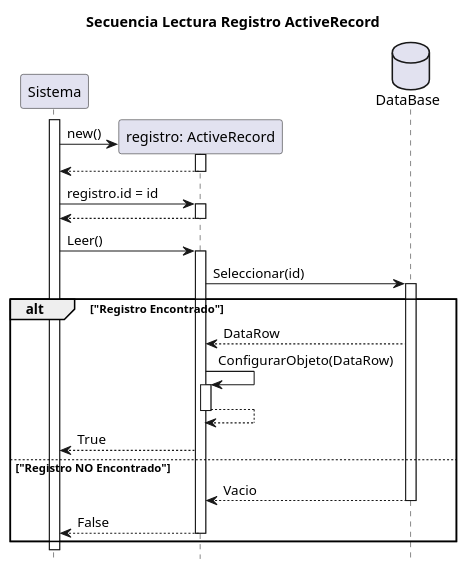
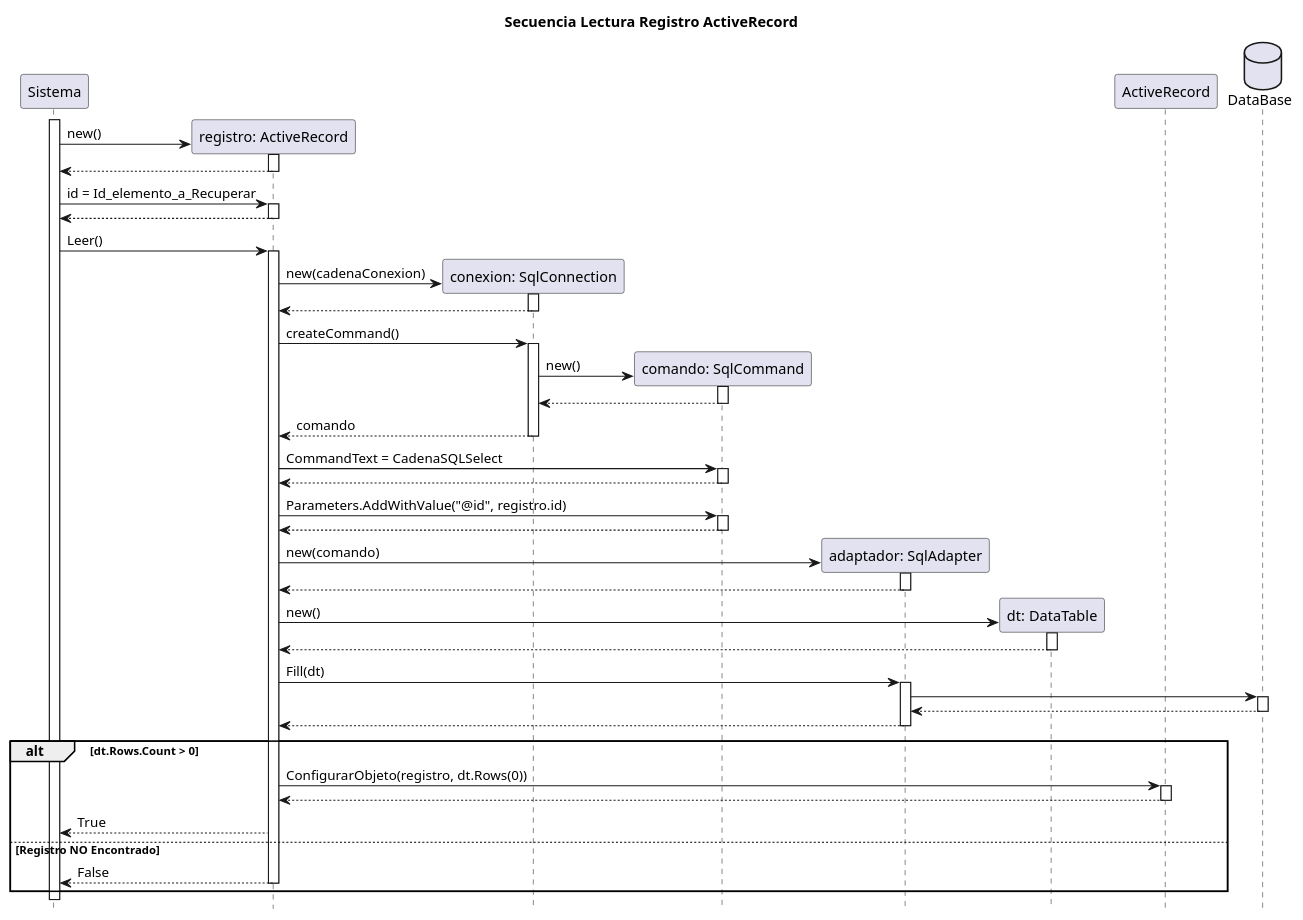
One commit to HoracioSerrano/SolucionEnterpriseMonolitica changed the diagram in PlantUML/Diagramas de Secuencia/LecturaActiveRecord.plantuml. Above: the diagram before and after it, drawn with PlantUML. The commit also changed 1 other file, not shown here.

```diff
--- a/PlantUML/Diagramas de Secuencia/LecturaActiveRecord.plantuml
+++ b/PlantUML/Diagramas de Secuencia/LecturaActiveRecord.plantuml
@@ -1,26 +1,51 @@
 @startuml Sequencia Lectura ActiveRecord
     title "Secuencia Lectura Registro ActiveRecord"
     hide footbox
     participant "Sistema" as sis 
     participant "registro: ActiveRecord" as reg
+    participant "conexion: SqlConnection" as con
+    participant "comando: SqlCommand" as cmd
+    participant "adaptador: SqlAdapter" as adp
+    participant "dt: DataTable" as dt
+    participant "ActiveRecord" as class
     database "DataBase" as db
-
+  
     activate sis
     create reg
     sis -> reg++: new()
     sis <-- reg--
-    sis -> reg++: registro.id = id
+    sis -> reg++: id = Id_elemento_a_Recuperar
     sis <-- reg--
     sis -> reg++: Leer()
-    reg -> db++: Seleccionar(id)
-    alt "Registro Encontrado"
-        reg <-- db: DataRow
-        reg -> reg++: ConfigurarObjeto(DataRow)
-        reg --> reg--
+    create con
+    reg -> con++: new(cadenaConexion)
+    reg <-- con--
+    reg -> con++: createCommand()
+    create cmd
+    con -> cmd++: new()
+    con <-- cmd--
+    reg <-- con--: comando
+    reg -> cmd++: CommandText = CadenaSQLSelect 
+    reg <-- cmd--
+    reg -> cmd++: Parameters.AddWithValue("@id", registro.id)
+    reg <-- cmd--
+    create adp
+    reg -> adp++: new(comando)
+    reg <-- adp--
+    create dt
+    reg -> dt++: new()
+    reg <-- dt--
+    reg -> adp++: Fill(dt)
+    adp -> db++
+    adp <-- db-- 
+    reg <-- adp--
+
+    alt dt.Rows.Count > 0
+        reg -> class++: ConfigurarObjeto(registro, dt.Rows(0))
+        reg <-- class--
         sis <-- reg: True
-    else "Registro NO Encontrado"
-        reg <-- db--: Vacio
+    else Registro NO Encontrado
         sis <-- reg--: False
     end
     
 @enduml
```
